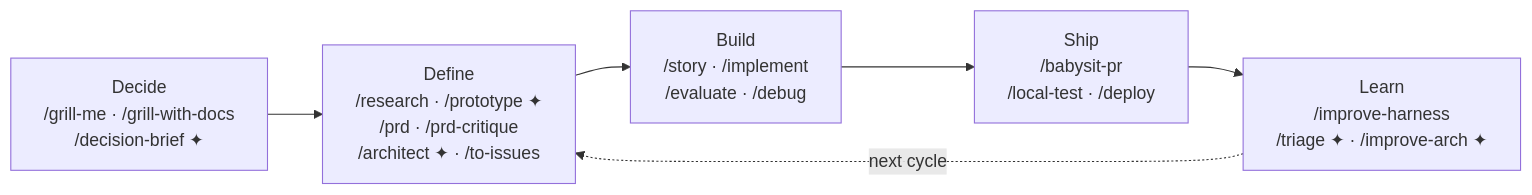
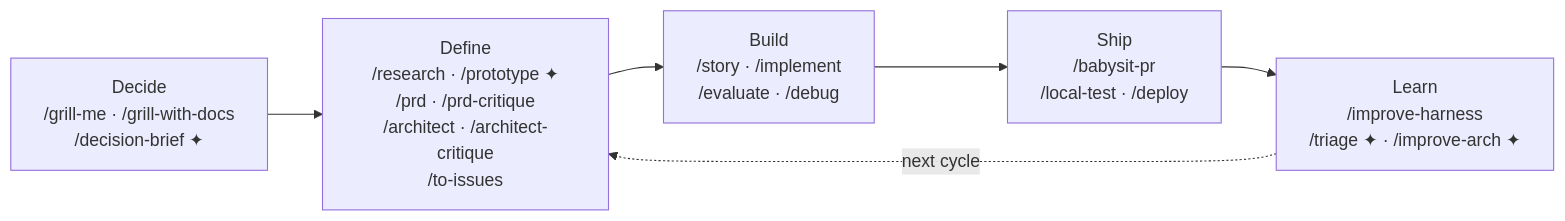
One commit to anudeeps28/claude-code-harness changed the diagram in README.md. Above: the diagram before and after it, drawn with Mermaid. The commit also changed other lines of this file and 3 other files, not shown here.

First line of the commit message:
feat: add /architect and /architect-critique skills (T3.1, T3.2)

````diff
--- a/README.md
+++ b/README.md
@@ -68,11 +68,11 @@
 ```mermaid
 flowchart LR
     P0["Decide<br/>/grill-me · /grill-with-docs<br/>/decision-brief ✦"]
-    P1["Define<br/>/research · /prototype ✦<br/>/prd · /prd-critique<br/>/architect ✦ · /to-issues"]
+    P1["Define<br/>/research · /prototype ✦<br/>/prd · /prd-critique<br/>/architect · /architect-critique<br/>/to-issues"]
     P2["Build<br/>/story · /implement<br/>/evaluate · /debug"]
     P3["Ship<br/>/babysit-pr<br/>/local-test · /deploy"]
     P4["Learn<br/>/improve-harness<br/>/triage ✦ · /improve-arch ✦"]
 
     P0 --> P1 --> P2 --> P3 --> P4
     P4 -.->|"next cycle"| P1
 ```
````
